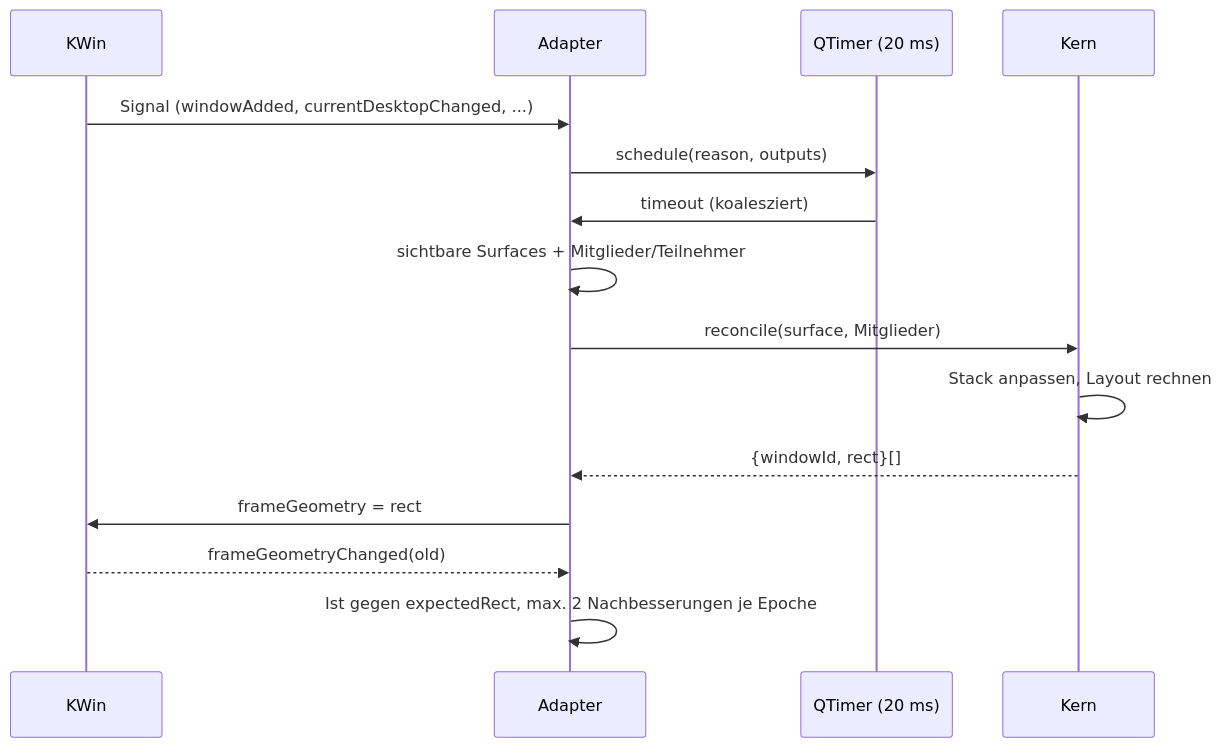
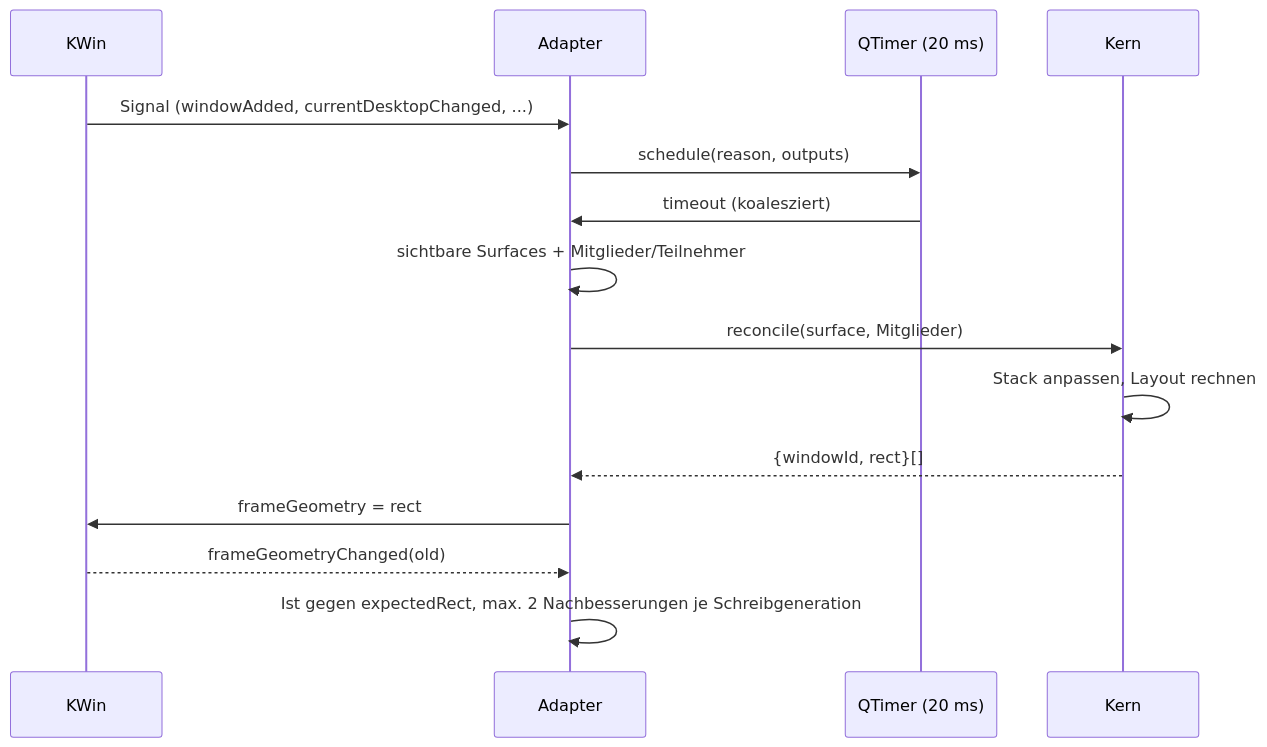
Before and after one commit to muhackel/kwin-xmonad-lite: the second of 2 diagrams in PLAN.md, drawn with Mermaid. The commit also changed other lines of this file and 1 other file, not shown here.

````diff
--- a/PLAN.md
+++ b/PLAN.md
@@ -114,17 +114,17 @@
 ```mermaid
 sequenceDiagram
     participant K as KWin
     participant A as Adapter
     participant T as QTimer (20 ms)
     participant C as Kern
     K->>A: Signal (windowAdded, currentDesktopChanged, ...)
     A->>T: schedule(reason, outputs)
     T->>A: timeout (koalesziert)
     A->>A: sichtbare Surfaces + Mitglieder/Teilnehmer
     A->>C: reconcile(surface, Mitglieder)
     C->>C: Stack anpassen, Layout rechnen
     C-->>A: {windowId, rect}[]
     A->>K: frameGeometry = rect
     K-->>A: frameGeometryChanged(old)
-    A->>A: Ist gegen expectedRect, max. 2 Nachbesserungen je Epoche
+    A->>A: Ist gegen expectedRect, max. 2 Nachbesserungen je Schreibgeneration
 ```
````
